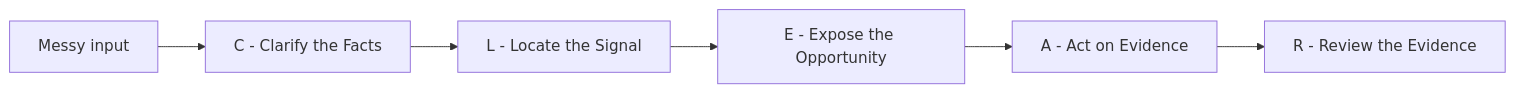
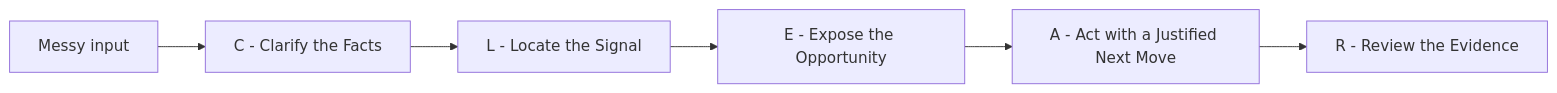
Before and after one commit to fzfclee/signal-to-action-planner: the diagram in README.md, drawn with Mermaid. The commit also changed other lines of this file and 10 other files, not shown here.

````diff
--- a/README.md
+++ b/README.md
@@ -22,8 +22,8 @@
 ```mermaid
 flowchart LR
     A["Messy input"] --> C["C - Clarify the Facts"]
     C --> L["L - Locate the Signal"]
     L --> E["E - Expose the Opportunity"]
-    E --> ACT["A - Act on Evidence"]
+    E --> ACT["A - Act with a Justified Next Move"]
     ACT --> R["R - Review the Evidence"]
 ```
````
